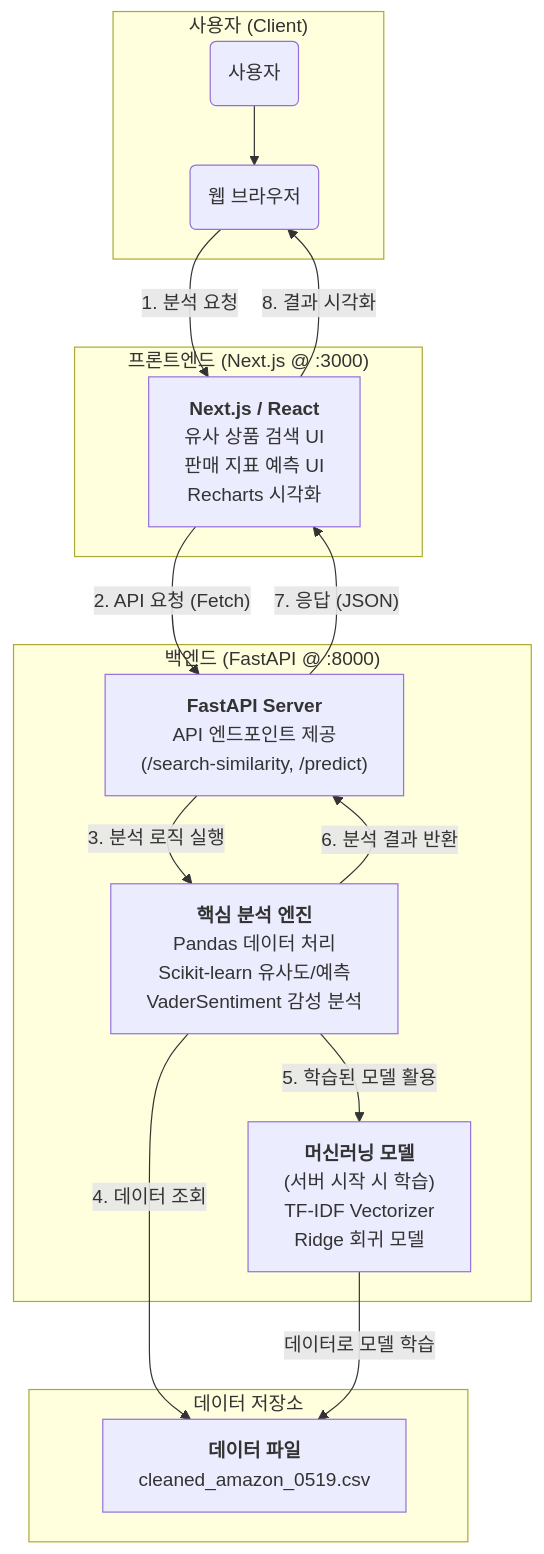
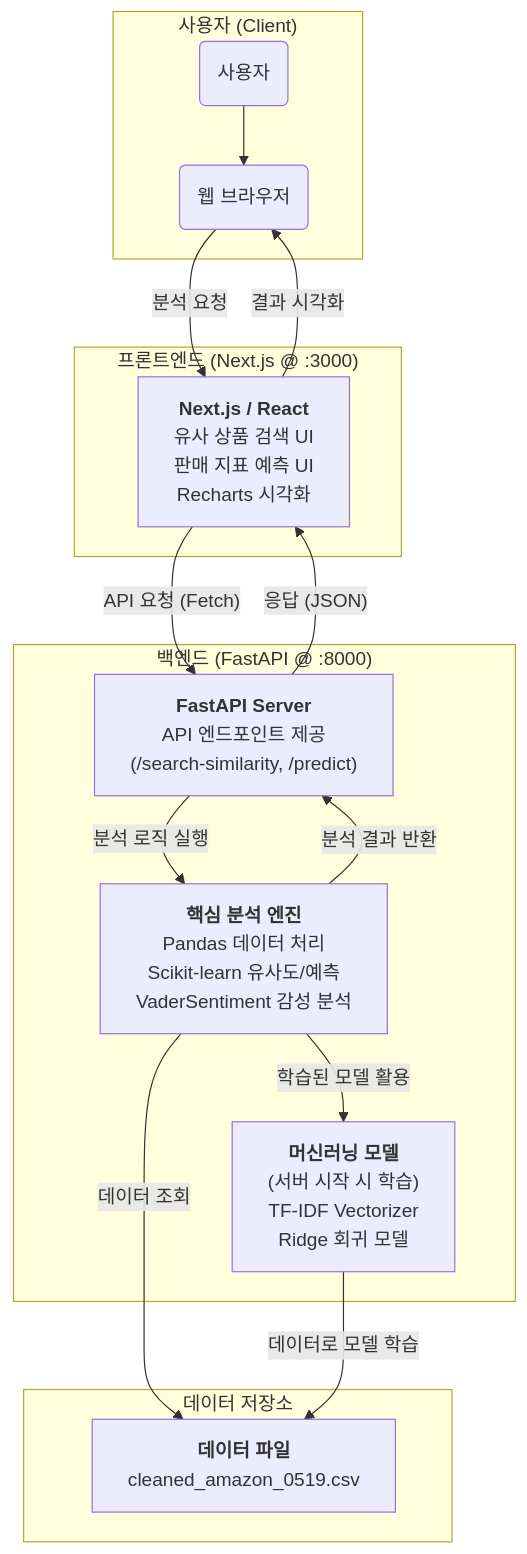
The first of 2 diagrams in README.md (Jiyeon125/Rmazon_v0), drawn with Mermaid before and after one commit. The commit also changed other lines of this file, not shown here.

Commit message:
Docs: 다이어그램 렌더링 오류 수정 (화살표 텍스트 번호 제거)

````diff
--- a/README.md
+++ b/README.md
@@ -49,30 +49,30 @@
 ```mermaid
 graph TD;
     subgraph "사용자 (Client)";
         User("사용자") --> Browser("웹 브라우저");
     end;
 
     subgraph "프론트엔드 (Next.js @ :3000)";
         FE["<b>Next.js / React</b><br/>유사 상품 검색 UI<br/>판매 지표 예측 UI<br/>Recharts 시각화"];
     end;
 
     subgraph "백엔드 (FastAPI @ :8000)";
         API["<b>FastAPI Server</b><br/>API 엔드포인트 제공<br/>(/search-similarity, /predict)"];
         Engine["<b>핵심 분석 엔진</b><br/>Pandas 데이터 처리<br/>Scikit-learn 유사도/예측<br/>VaderSentiment 감성 분석"];
         Models["<b>머신러닝 모델</b><br/>(서버 시작 시 학습)<br/>TF-IDF Vectorizer<br/>Ridge 회귀 모델"];
     end;
     
     subgraph "데이터 저장소";
          Data["<B>데이터 파일</B><br/>cleaned_amazon_0519.csv"];
     end;
 
-    Browser -- "1. 분석 요청" --> FE;
-    FE -- "2. API 요청 (Fetch)" --> API;
-    API -- "3. 분석 로직 실행" --> Engine;
-    Engine -- "4. 데이터 조회" --> Data;
-    Engine -- "5. 학습된 모델 활용" --> Models;
+    Browser -- "분석 요청" --> FE;
+    FE -- "API 요청 (Fetch)" --> API;
+    API -- "분석 로직 실행" --> Engine;
+    Engine -- "데이터 조회" --> Data;
+    Engine -- "학습된 모델 활용" --> Models;
     Models -- "데이터로 모델 학습" --> Data;
-    Engine -- "6. 분석 결과 반환" --> API;
-    API -- "7. 응답 (JSON)" --> FE;
-    FE -- "8. 결과 시각화" --> Browser;
+    Engine -- "분석 결과 반환" --> API;
+    API -- "응답 (JSON)" --> FE;
+    FE -- "결과 시각화" --> Browser;
 ```
````
